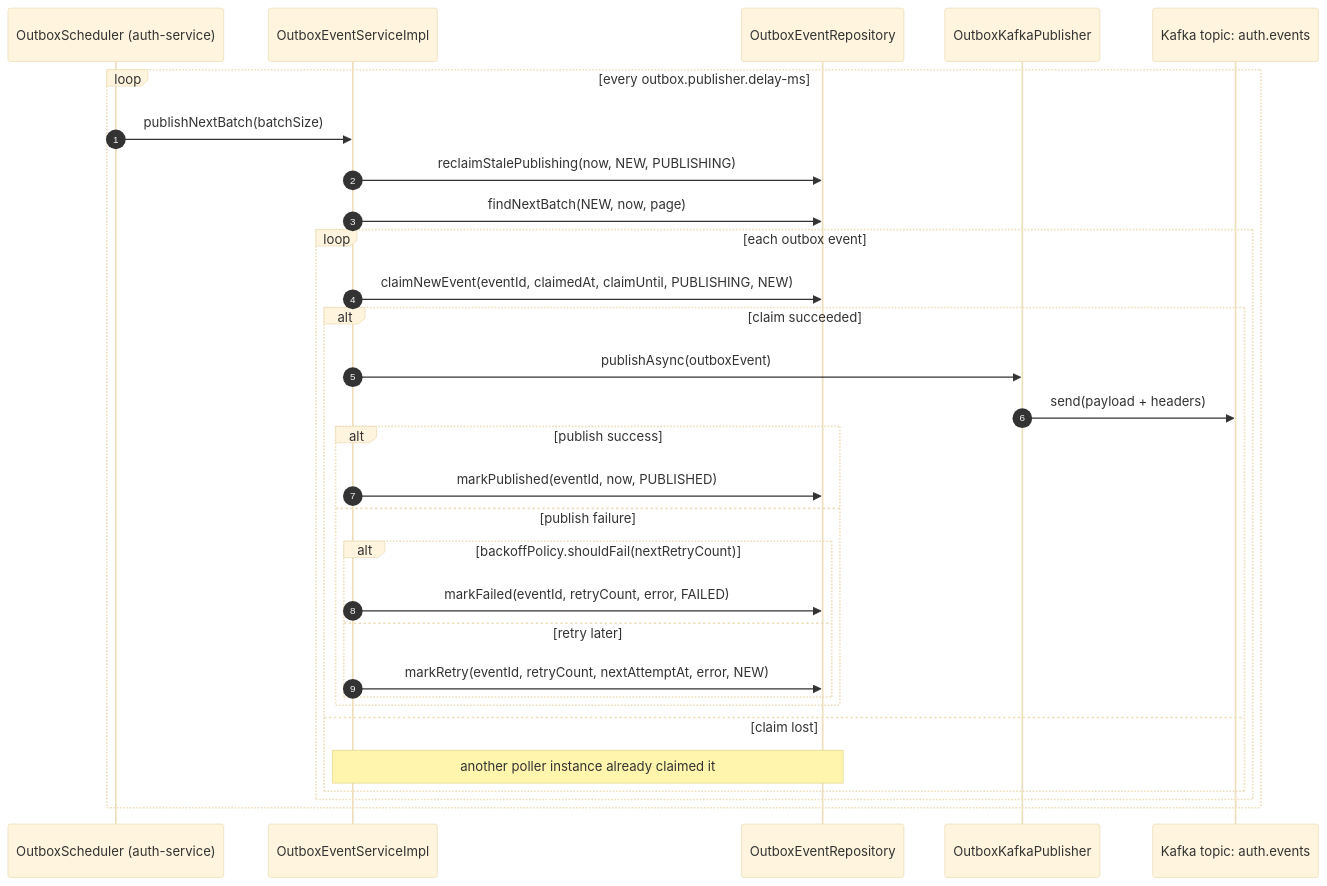
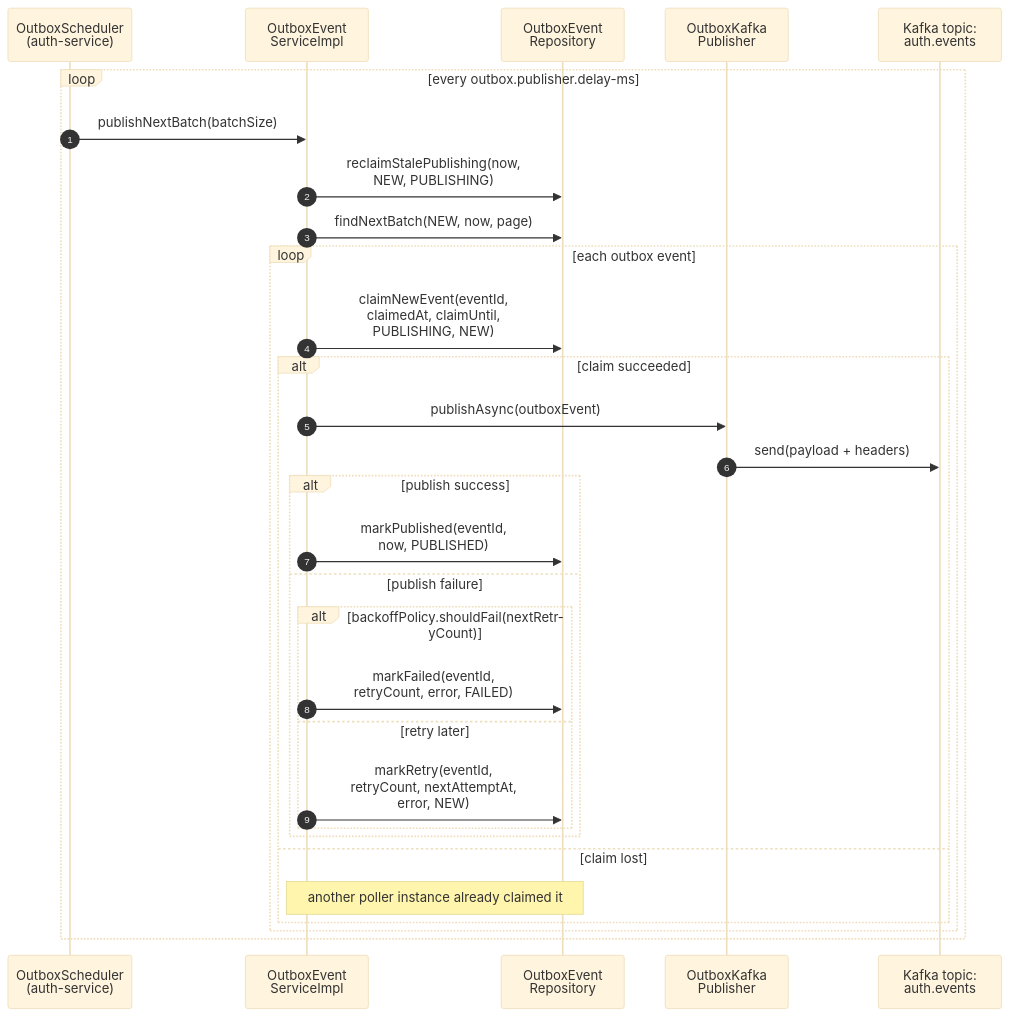
The diagram in docs/flows/event-publishing-sequence.mmd (ShirongQuan/payment-platform), drawn with Mermaid (base theme) before and after one commit. The commit also changed 13 other files, not shown here.

```diff
--- a/docs/flows/event-publishing-sequence.mmd
+++ b/docs/flows/event-publishing-sequence.mmd
@@ -1,33 +1,33 @@
 sequenceDiagram
 	autonumber
-	participant Sch as OutboxScheduler (auth-service)
-	participant OES as OutboxEventServiceImpl
-	participant ORepo as OutboxEventRepository
-	participant Pub as OutboxKafkaPublisher
-	participant Kafka as Kafka topic: auth.events
+	participant Sch as OutboxScheduler<br/>(auth-service)
+	participant OES as OutboxEvent<br/>ServiceImpl
+	participant ORepo as OutboxEvent<br/>Repository
+	participant Pub as OutboxKafka<br/>Publisher
+	participant Kafka as Kafka topic:<br/>auth.events
 
 	loop every outbox.publisher.delay-ms
 		Sch->>OES: publishNextBatch(batchSize)
-		OES->>ORepo: reclaimStalePublishing(now, NEW, PUBLISHING)
+		OES->>ORepo: reclaimStalePublishing(now,<br/>NEW, PUBLISHING)
 		OES->>ORepo: findNextBatch(NEW, now, page)
 
 		loop each outbox event
-			OES->>ORepo: claimNewEvent(eventId, claimedAt, claimUntil, PUBLISHING, NEW)
+			OES->>ORepo: claimNewEvent(eventId,<br/>claimedAt, claimUntil,<br/>PUBLISHING, NEW)
 			alt claim succeeded
 				OES->>Pub: publishAsync(outboxEvent)
 				Pub->>Kafka: send(payload + headers)
 
 				alt publish success
-					OES->>ORepo: markPublished(eventId, now, PUBLISHED)
+					OES->>ORepo: markPublished(eventId,<br/>now, PUBLISHED)
 				else publish failure
 					alt backoffPolicy.shouldFail(nextRetryCount)
-						OES->>ORepo: markFailed(eventId, retryCount, error, FAILED)
+						OES->>ORepo: markFailed(eventId,<br/>retryCount, error, FAILED)
 					else retry later
-						OES->>ORepo: markRetry(eventId, retryCount, nextAttemptAt, error, NEW)
+						OES->>ORepo: markRetry(eventId,<br/>retryCount, nextAttemptAt,<br/>error, NEW)
 					end
 				end
 			else claim lost
 				Note over OES,ORepo: another poller instance already claimed it
 			end
 		end
 	end
```
